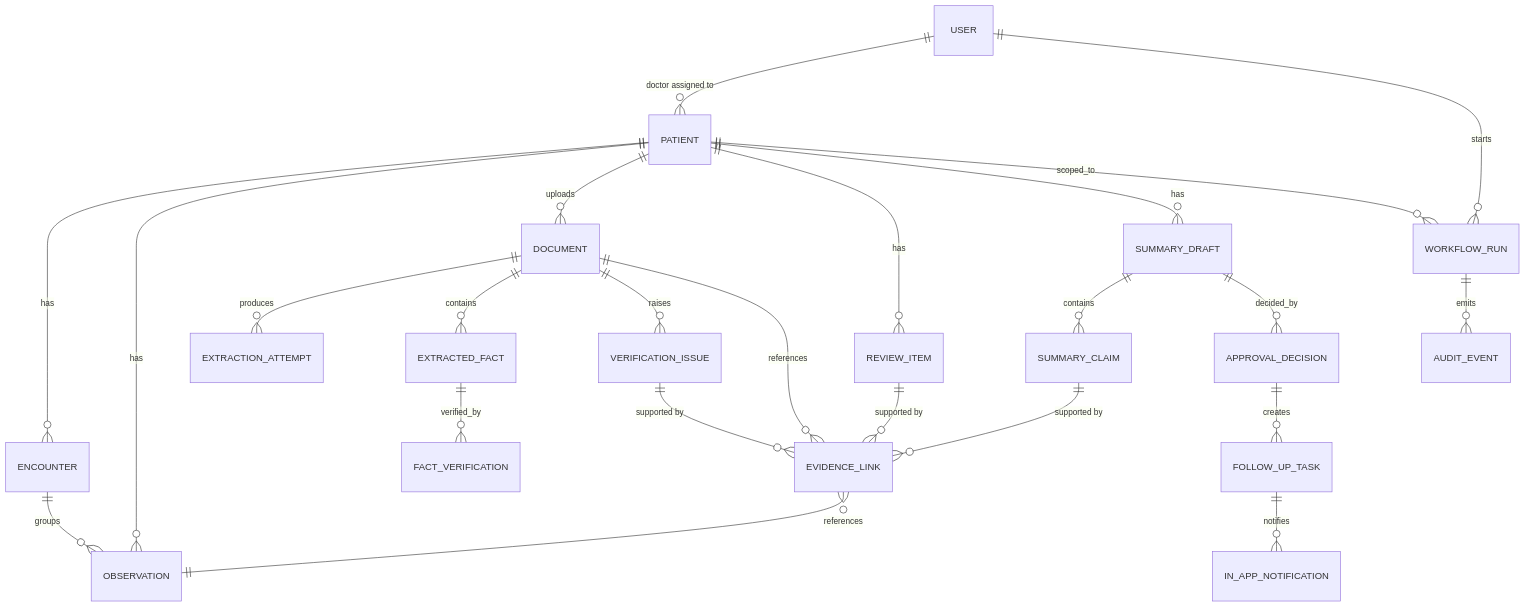
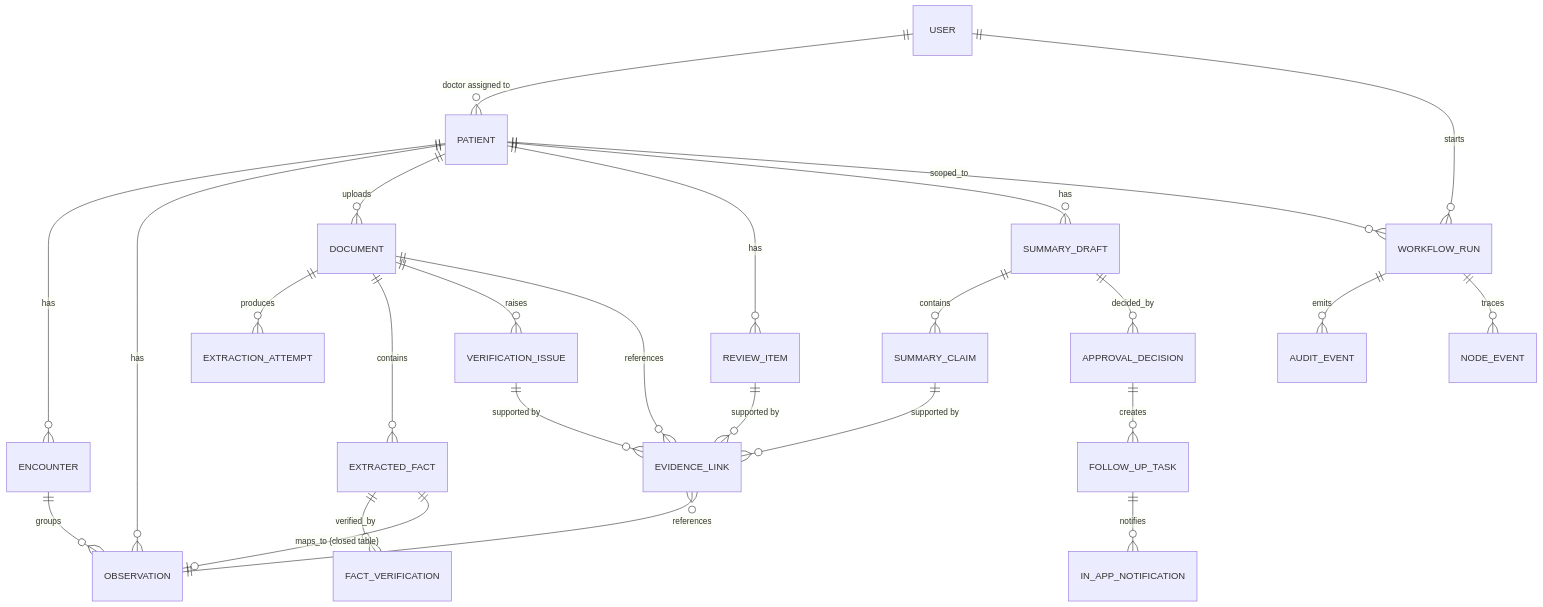
Before and after one commit to Muhammed-Fathi/AI-Doctor-FollowUp-Agent: the diagram in docs/contracts/DATA_DICTIONARY.md, drawn with Mermaid. The commit also changed other lines of this file and 21 other files, not shown here.

````diff
--- a/docs/contracts/DATA_DICTIONARY.md
+++ b/docs/contracts/DATA_DICTIONARY.md
@@ -24,26 +24,28 @@
 ```mermaid
 erDiagram
     USER ||--o{ PATIENT : "doctor assigned to"
     PATIENT ||--o{ ENCOUNTER : has
     PATIENT ||--o{ OBSERVATION : has
     PATIENT ||--o{ DOCUMENT : uploads
     ENCOUNTER ||--o{ OBSERVATION : groups
     DOCUMENT ||--o{ EXTRACTION_ATTEMPT : produces
     DOCUMENT ||--o{ EXTRACTED_FACT : contains
     EXTRACTED_FACT ||--o{ FACT_VERIFICATION : verified_by
     PATIENT ||--o{ REVIEW_ITEM : has
     DOCUMENT ||--o{ VERIFICATION_ISSUE : "raises"
     REVIEW_ITEM ||--o{ EVIDENCE_LINK : "supported by"
     VERIFICATION_ISSUE ||--o{ EVIDENCE_LINK : "supported by"
     PATIENT ||--o{ SUMMARY_DRAFT : has
     SUMMARY_DRAFT ||--o{ SUMMARY_CLAIM : contains
     SUMMARY_CLAIM ||--o{ EVIDENCE_LINK : "supported by"
     EVIDENCE_LINK }o--|| OBSERVATION : references
     EVIDENCE_LINK }o--|| DOCUMENT : references
     SUMMARY_DRAFT ||--o{ APPROVAL_DECISION : decided_by
     APPROVAL_DECISION ||--o{ FOLLOW_UP_TASK : creates
     FOLLOW_UP_TASK ||--o{ IN_APP_NOTIFICATION : notifies
     USER ||--o{ WORKFLOW_RUN : starts
     WORKFLOW_RUN ||--o{ AUDIT_EVENT : emits
+    WORKFLOW_RUN ||--o{ NODE_EVENT : traces
+    EXTRACTED_FACT ||--o| OBSERVATION : "maps_to (closed table)"
     PATIENT ||--o{ WORKFLOW_RUN : scoped_to
 ```
````
